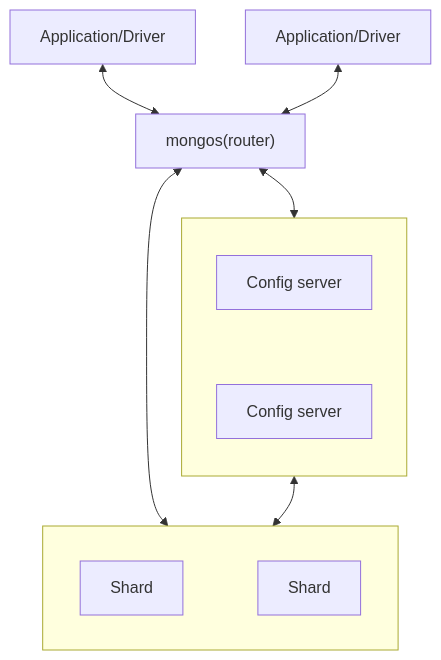
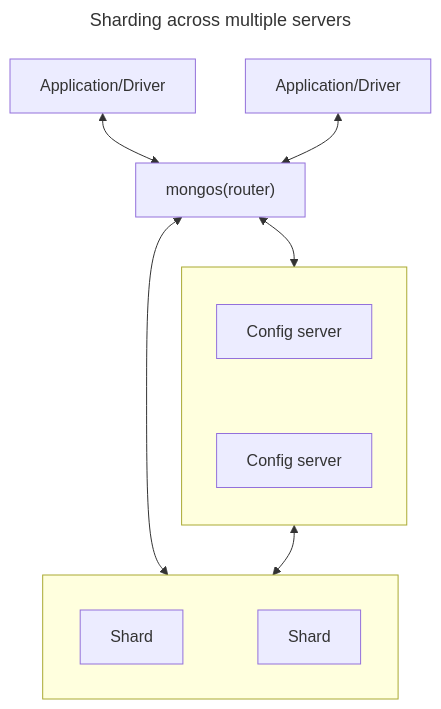
Before and after one commit to kyungrae/study: the diagram in mongodb/part1.md, drawn with Mermaid. The commit also changed other lines of this file, not shown here.

````diff
--- a/mongodb/part1.md
+++ b/mongodb/part1.md
@@ -5,15 +5,18 @@
 ```mermaid
+---
+title: Sharding across multiple servers
+---
 flowchart
   application1[Application/Driver] <--> mongos["mongos(router)"]
   application2[Application/Driver] <--> mongos
   subgraph data[ ]
     shard1[Shard] ~~~ shard2[Shard]
   end
   subgraph config[ ]
     direction TB
     config1[Config server] ~~~ config2[Config server]
   end
   mongos <--> config
   mongos <--> data
   config <--> data
 ```
````
